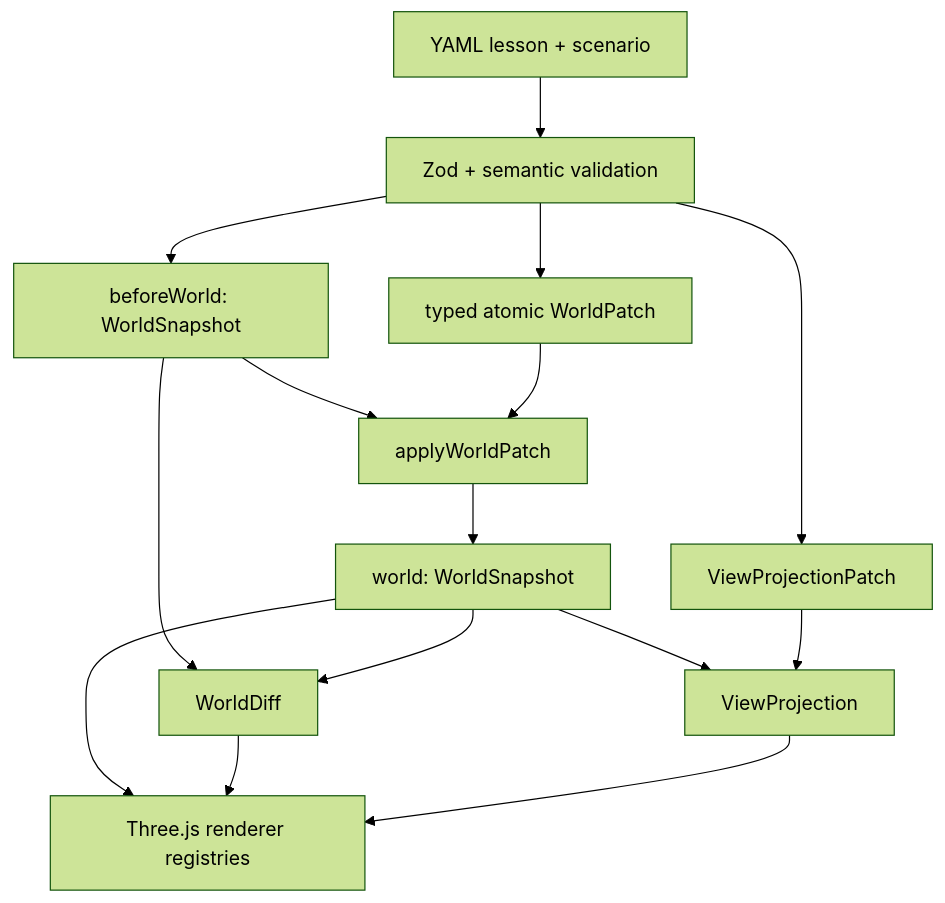
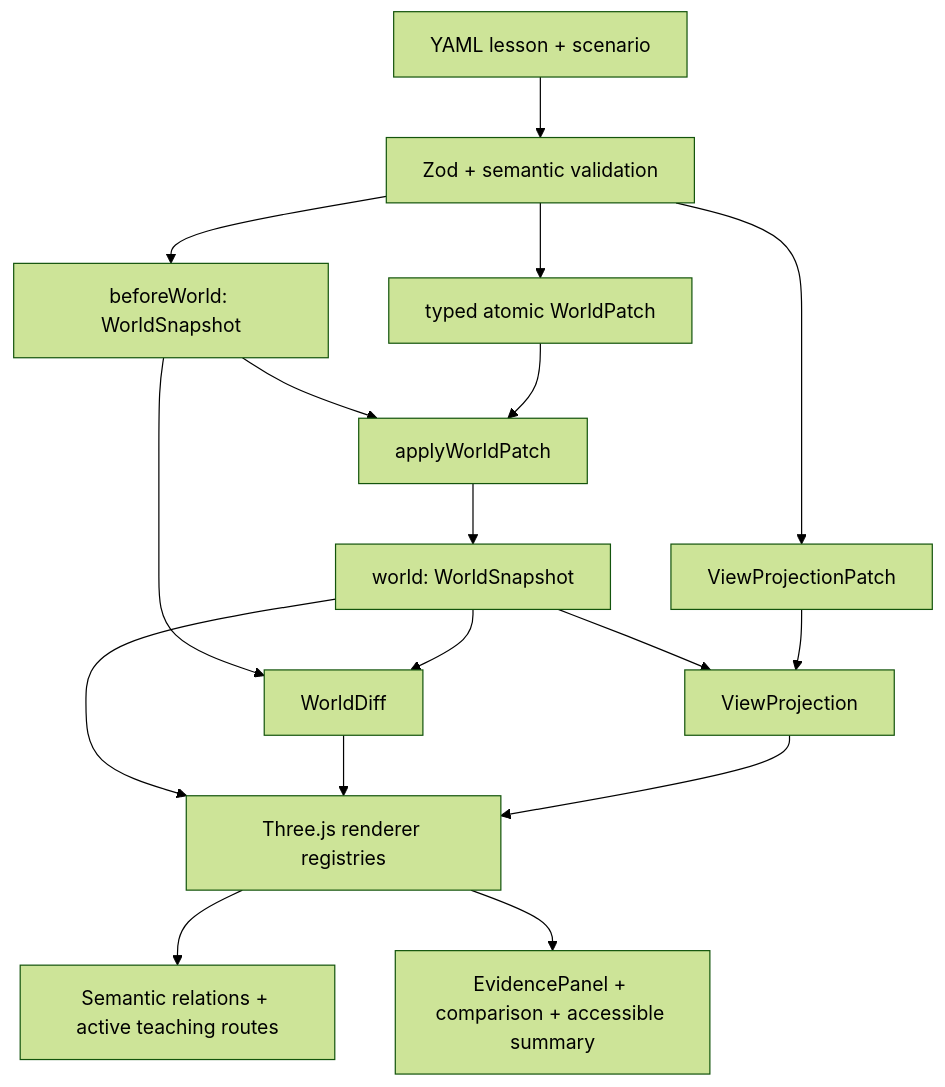
The diagram in README.md (TANGBUDU/kubemotion-3d), drawn with Mermaid (forest theme) before and after one commit. The commit also changed other lines of this file and 13 other files, not shown here.

````diff
--- a/README.md
+++ b/README.md
@@ -25,17 +34,19 @@
 ```mermaid
 flowchart TD
   YAML["YAML lesson + scenario"] --> Validate["Zod + semantic validation"]
   Validate --> Before["beforeWorld: WorldSnapshot"]
   Validate --> Patch["typed atomic WorldPatch"]
   Before --> Apply["applyWorldPatch"]
   Patch --> Apply
   Apply --> World["world: WorldSnapshot"]
   Before --> Diff["WorldDiff"]
   World --> Diff
   Validate --> ViewPatch["ViewProjectionPatch"]
   World --> Projection["ViewProjection"]
   ViewPatch --> Projection
   World --> Renderer["Three.js renderer registries"]
   Diff --> Renderer
   Projection --> Renderer
+  Renderer --> Routes["Semantic relations + active teaching routes"]
+  Renderer --> Teaching["EvidencePanel + comparison + accessible summary"]
 ```
````
